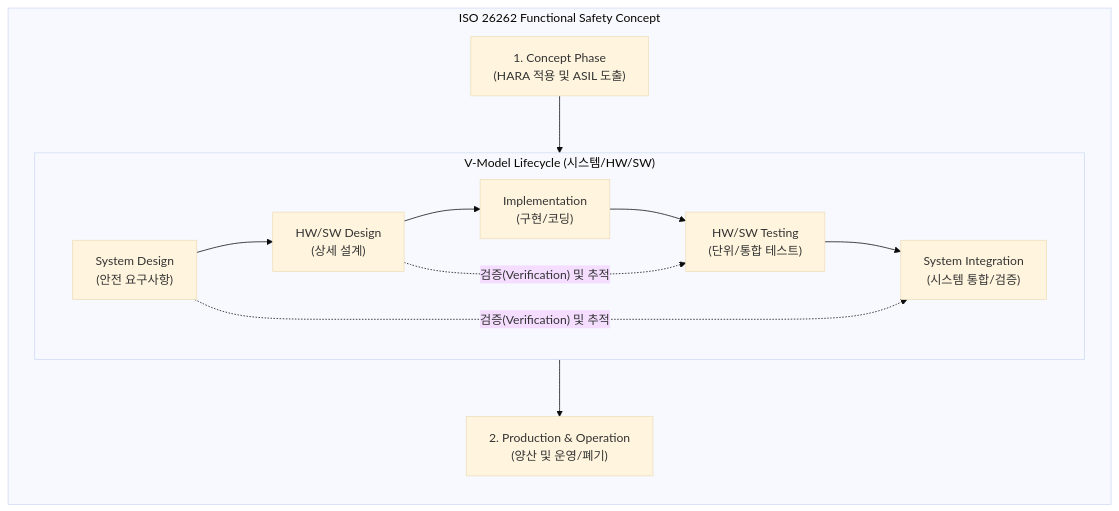
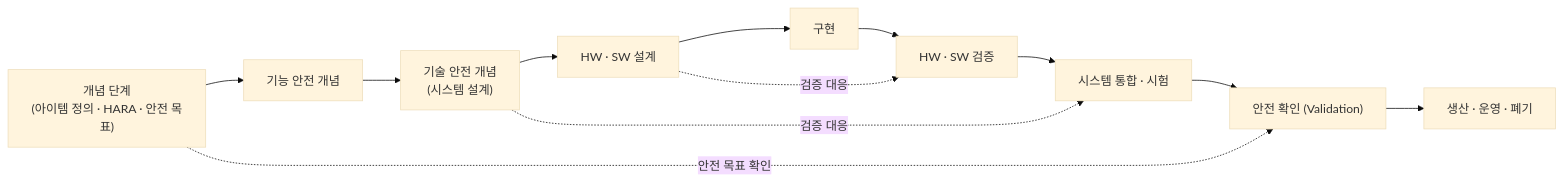
The diagram in content/01_IT Tech/ISO 26262.md (supremethumb/supremethumb.github.io), drawn with Mermaid (base theme) before and after one commit. The commit also changed other lines of this file and 1087 other files, not shown here.

````diff
--- a/content/01_IT Tech/ISO 26262.md
+++ b/content/01_IT Tech/ISO 26262.md
@@ -29,27 +36,14 @@
 ```mermaid
-flowchart TD
-    subgraph "ISO 26262 Functional Safety Concept"
-        direction TB
-        
-        Concept["1. Concept Phase<br/>(HARA 적용 및 ASIL 도출)"]
-        
-        subgraph "V-Model Lifecycle (시스템/HW/SW)"
-            direction LR
-            SysReq["System Design<br/>(안전 요구사항)"]
-            HW_SW_Des["HW/SW Design<br/>(상세 설계)"]
-            Impl["Implementation<br/>(구현/코딩)"]
-            HW_SW_Test["HW/SW Testing<br/>(단위/통합 테스트)"]
-            SysInteg["System Integration<br/>(시스템 통합/검증)"]
-            
-            SysReq --> HW_SW_Des --> Impl
-            Impl --> HW_SW_Test --> SysInteg
-            
-            SysReq -. "검증(Verification) 및 추적" .-> SysInteg
-            HW_SW_Des -. "검증(Verification) 및 추적" .-> HW_SW_Test
-        end
-        
-        Concept --> SysReq
-        SysInteg --> Prod["2. Production & Operation<br/>(양산 및 운영/폐기)"]
-    end
-
+flowchart LR
+    Concept["개념 단계<br/>(아이템 정의 · HARA · 안전 목표)"] --> FSC["기능 안전 개념"]
+    FSC --> TSC["기술 안전 개념<br/>(시스템 설계)"]
+    TSC --> HWSW["HW · SW 설계"]
+    HWSW --> Impl["구현"]
+    Impl --> Test["HW · SW 검증"]
+    Test --> Integ["시스템 통합 · 시험"]
+    Integ --> Val["안전 확인 (Validation)"]
+    Val --> Prod["생산 · 운영 · 폐기"]
+    TSC -.->|"검증 대응"| Integ
+    HWSW -.->|"검증 대응"| Test
+    Concept -.->|"안전 목표 확인"| Val
 ```
````
